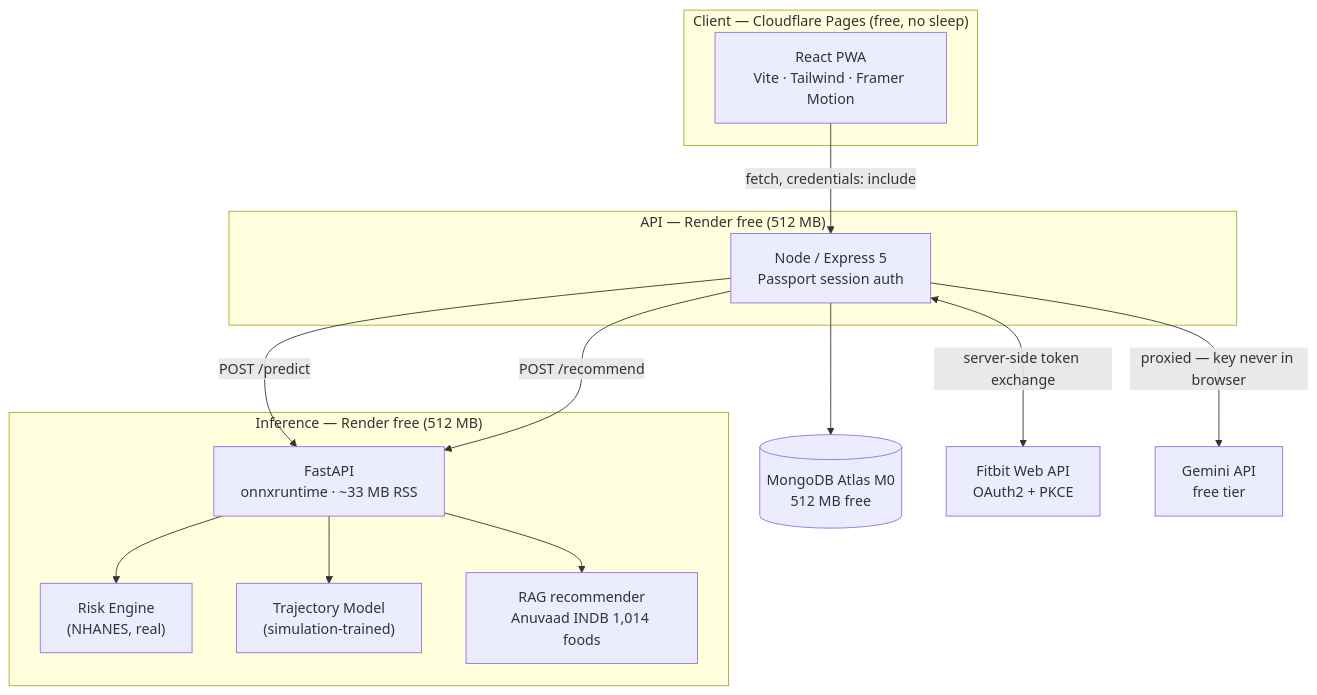
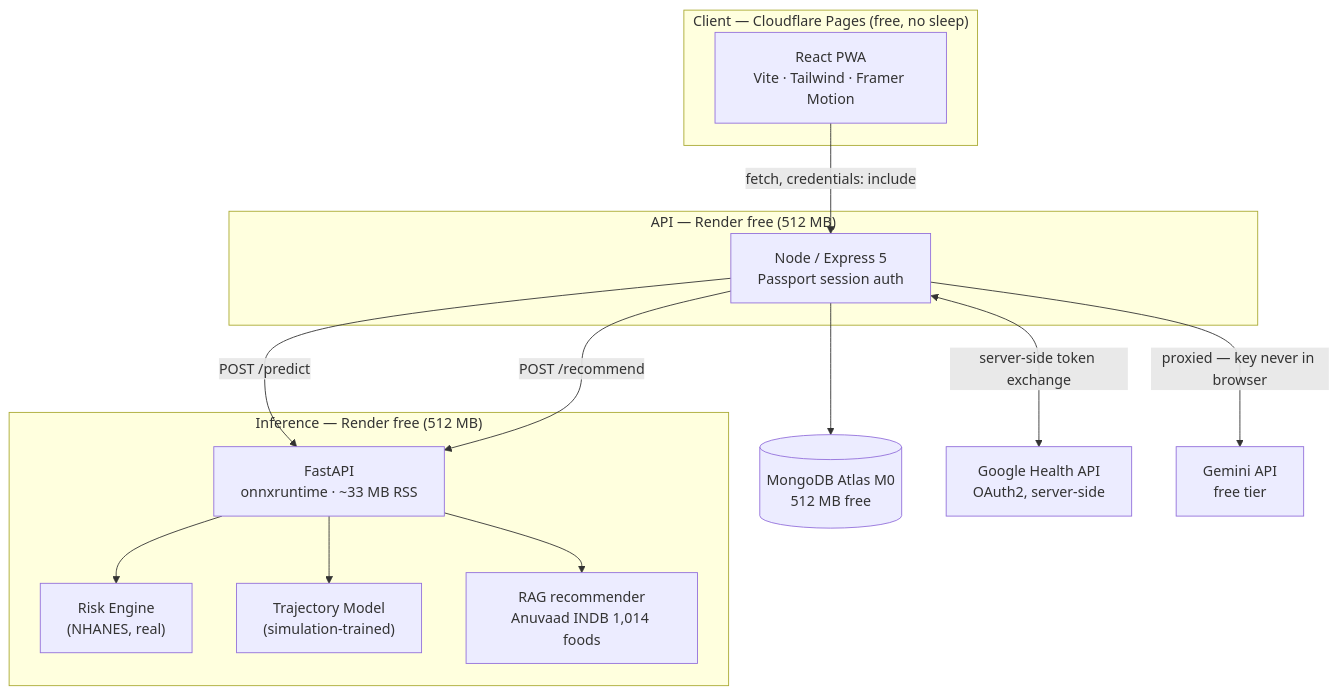
The first of 2 diagrams in docs/ARCHITECTURE.md (agnivesh13/niyantrana), drawn with Mermaid before and after one commit. The commit also changed other lines of this file and 10 other files, not shown here.

````diff
--- a/docs/ARCHITECTURE.md
+++ b/docs/ARCHITECTURE.md
@@ -33,31 +39,31 @@
 ```mermaid
 flowchart TB
     subgraph client["Client — Cloudflare Pages (free, no sleep)"]
         PWA["React PWA<br/>Vite · Tailwind · Framer Motion"]
     end
 
     subgraph api["API — Render free (512 MB)"]
         NODE["Node / Express 5<br/>Passport session auth"]
     end
 
     subgraph infer["Inference — Render free (512 MB)"]
         FAST["FastAPI<br/>onnxruntime · ~33 MB RSS"]
         RISK["Risk Engine<br/>(NHANES, real)"]
         TEMP["Trajectory Model<br/>(simulation-trained)"]
         RAG["RAG recommender<br/>Anuvaad INDB 1,014 foods"]
     end
 
     DB[("MongoDB Atlas M0<br/>512 MB free")]
-    FITBIT["Fitbit Web API<br/>OAuth2 + PKCE"]
+    HEALTH["Google Health API<br/>OAuth2, server-side"]
     GEMINI["Gemini API<br/>free tier"]
 
     PWA -->|"fetch, credentials: include"| NODE
     NODE --> DB
     NODE -->|"POST /predict"| FAST
     NODE -->|"POST /recommend"| FAST
     NODE -->|"proxied — key never in browser"| GEMINI
-    NODE <-->|"server-side token exchange"| FITBIT
+    NODE <-->|"server-side token exchange"| HEALTH
     FAST --> RISK
     FAST --> TEMP
     FAST --> RAG
 ```
````
